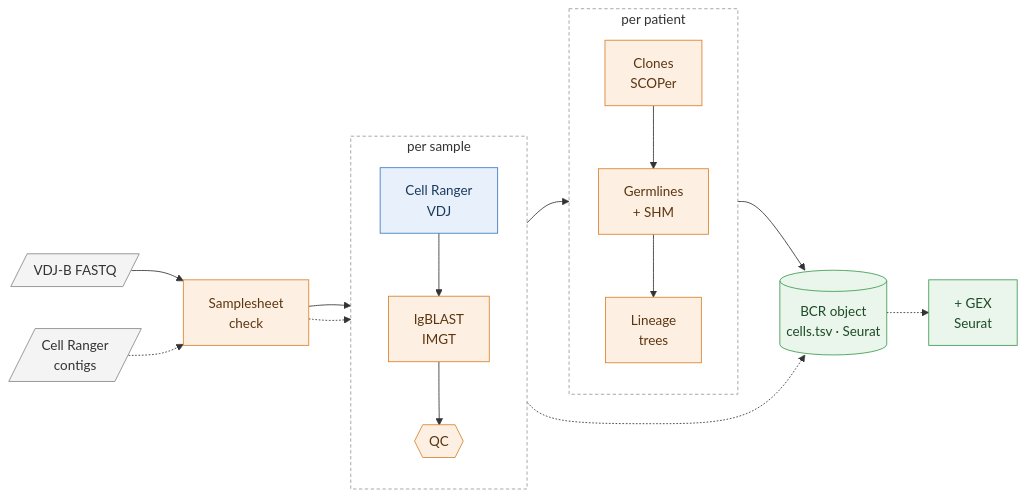
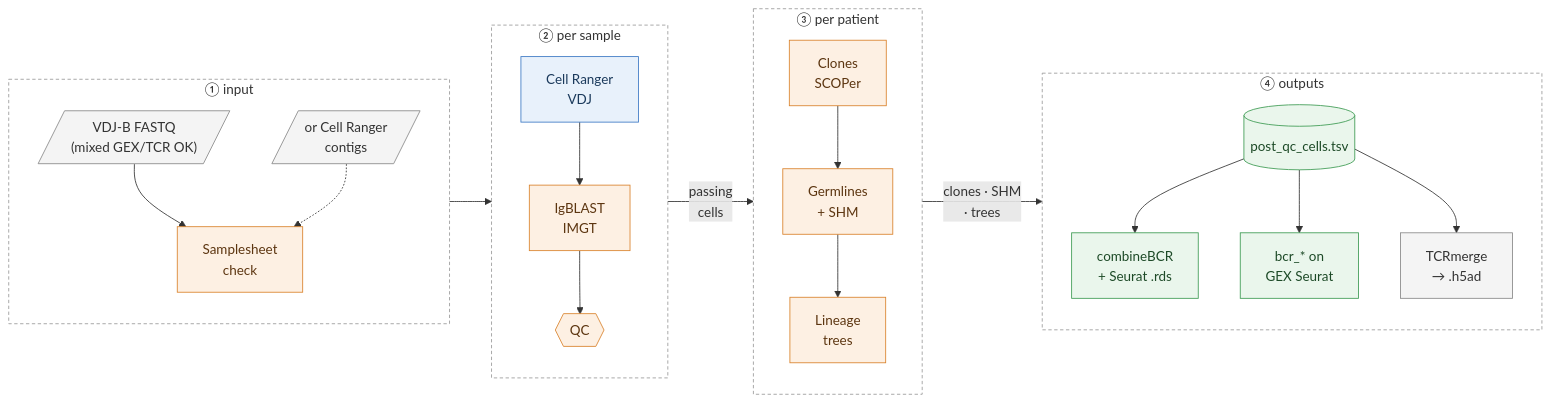
The first of 3 diagrams in README.md (zaidissa/SCRATCH-BCR), drawn with Mermaid before and after one commit. The commit also changed other lines of this file, not shown here.

Commit message:
README: flowchart as four stage columns with branching inputs and outputs

````diff
--- a/README.md
+++ b/README.md
@@ -23,30 +23,38 @@
 ```mermaid
 flowchart LR
-    IN[/"VDJ-B FASTQ"/] --> SC
-    CR0[/"Cell Ranger<br/>contigs"/] -.-> SC
-    subgraph S1["per sample"]
+    subgraph IN["① input"]
+        direction TB
+        FQ[/"VDJ-B FASTQ<br/>(mixed GEX/TCR OK)"/] --> SC["Samplesheet<br/>check"]
+        CT[/"or Cell Ranger<br/>contigs"/] -.-> SC
+    end
+    subgraph S1["② per sample"]
         direction TB
         CR["Cell Ranger<br/>VDJ"] --> AN["IgBLAST<br/>IMGT"] --> QC{{"QC"}}
     end
-    subgraph S2["per patient"]
+    subgraph S2["③ per patient"]
         direction TB
         CL["Clones<br/>SCOPer"] --> GS["Germlines<br/>+ SHM"] --> LN["Lineage<br/>trees"]
     end
-    SC["Samplesheet<br/>check"] --> CR
-    SC -.-> AN
-    QC --> CL
-    LN --> OB[("BCR object<br/>cells.tsv · Seurat")]
-    QC -.-> OB
-    OB -.-> GX["+ GEX<br/>Seurat"]
+    subgraph OUT["④ outputs"]
+        direction TB
+        CELLS[("post_qc_cells.tsv")] --> RDS["combineBCR<br/>+ Seurat .rds"]
+        CELLS --> GX["bcr_* on<br/>GEX Seurat"]
+        CELLS --> TM["TCRmerge<br/>→ .h5ad"]
+    end
+    IN --> S1
+    S1 -->|"passing<br/>cells"| S2
+    S2 -->|"clones · SHM<br/>· trees"| OUT
 
     classDef cr fill:#e8f1fb,stroke:#3b78c4,color:#1b3a5c
     classDef imm fill:#fdf0e3,stroke:#d9822b,color:#5c3510
     classDef sc fill:#eaf6ec,stroke:#3c9a52,color:#1d4a27
     classDef io fill:#f4f4f4,stroke:#888,color:#333
     class CR cr
     class SC,AN,QC,CL,GS,LN imm
-    class OB,GX sc
-    class IN,CR0 io
+    class CELLS,RDS,GX sc
+    class FQ,CT,TM io
+    style IN fill:transparent,stroke:#999,stroke-dasharray:4 3
     style S1 fill:transparent,stroke:#999,stroke-dasharray:4 3
     style S2 fill:transparent,stroke:#999,stroke-dasharray:4 3
+    style OUT fill:transparent,stroke:#999,stroke-dasharray:4 3
 ```
````
